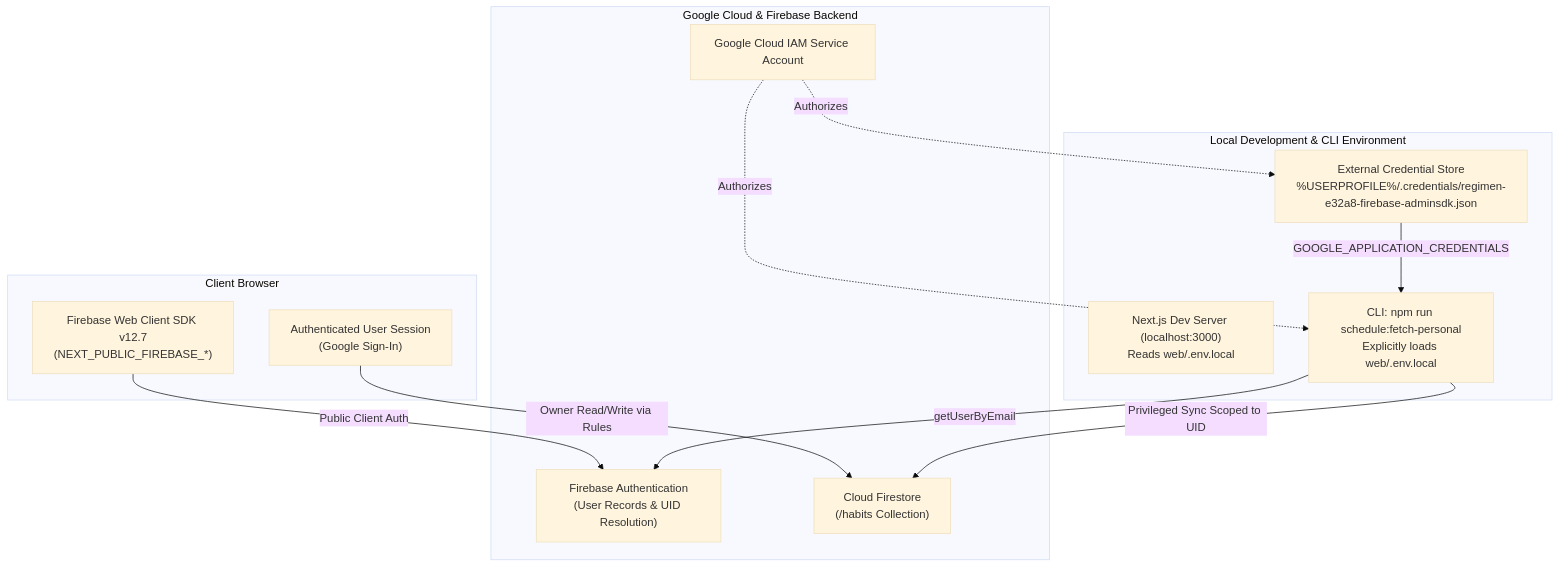
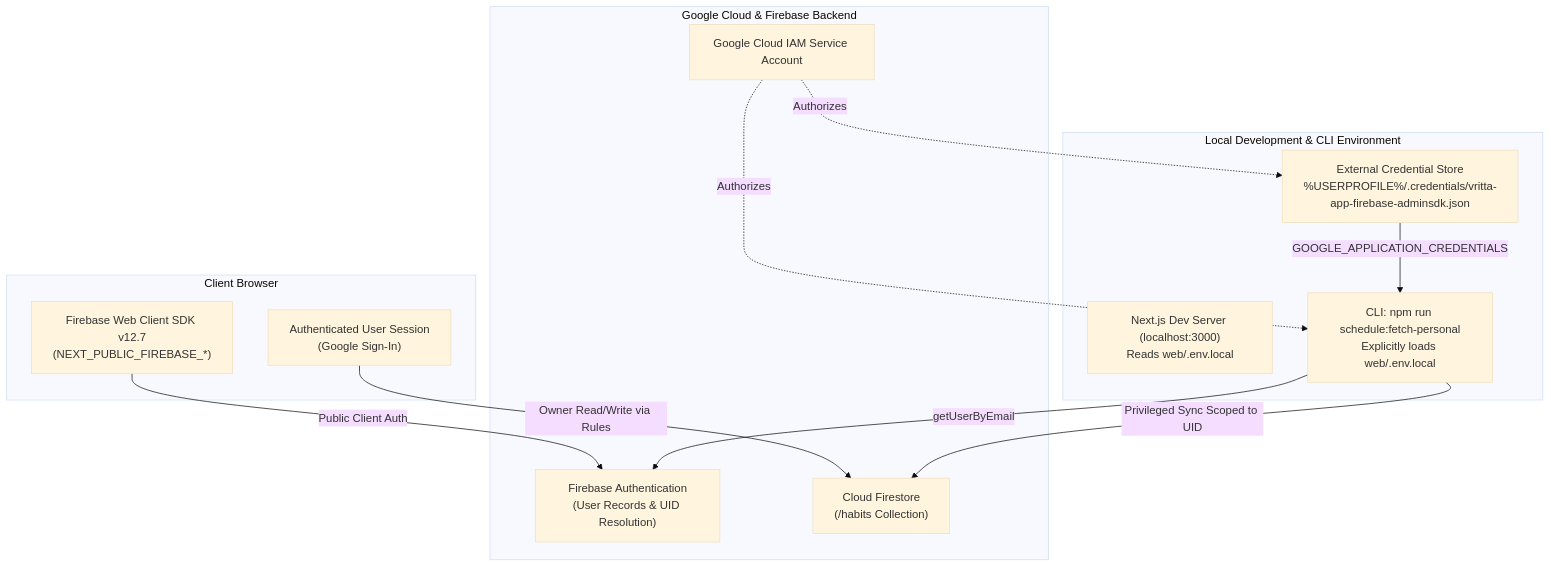
The diagram in docs/firebase-setup.md (manishborikar92/Regimen), drawn with Mermaid (base theme) before and after one commit. The commit also changed other lines of this file, not shown here.

First line of the commit message:
docs(firebase): Update credential file references to vritta-app project

````diff
--- a/docs/firebase-setup.md
+++ b/docs/firebase-setup.md
@@ -24,27 +24,27 @@
 ```mermaid
 flowchart TD
     subgraph Client Browser
         WebClient["Firebase Web Client SDK v12.7<br/>(NEXT_PUBLIC_FIREBASE_*)"]
         AuthUser["Authenticated User Session<br/>(Google Sign-In)"]
     end
 
     subgraph Local Development & CLI Environment
         LocalDev["Next.js Dev Server (localhost:3000)<br/>Reads web/.env.local"]
         LocalCLI["CLI: npm run schedule:fetch-personal<br/>Explicitly loads web/.env.local"]
-        ExtCred["External Credential Store<br/>%USERPROFILE%/.credentials/regimen-e32a8-firebase-adminsdk.json"]
+        ExtCred["External Credential Store<br/>%USERPROFILE%/.credentials/vritta-app-firebase-adminsdk.json"]
     end
 
     subgraph Google Cloud & Firebase Backend
         GCP_IAM["Google Cloud IAM Service Account"]
         FirebaseAuth["Firebase Authentication<br/>(User Records & UID Resolution)"]
         Firestore["Cloud Firestore<br/>(/habits Collection)"]
     end
 
     WebClient -->|Public Client Auth| FirebaseAuth
     AuthUser -->|Owner Read/Write via Rules| Firestore
     ExtCred -->|GOOGLE_APPLICATION_CREDENTIALS| LocalCLI
     LocalCLI -->|getUserByEmail| FirebaseAuth
     LocalCLI -->|Privileged Sync Scoped to UID| Firestore
     GCP_IAM -.->|Authorizes| LocalCLI
     GCP_IAM -.->|Authorizes| ExtCred
 ```
````
